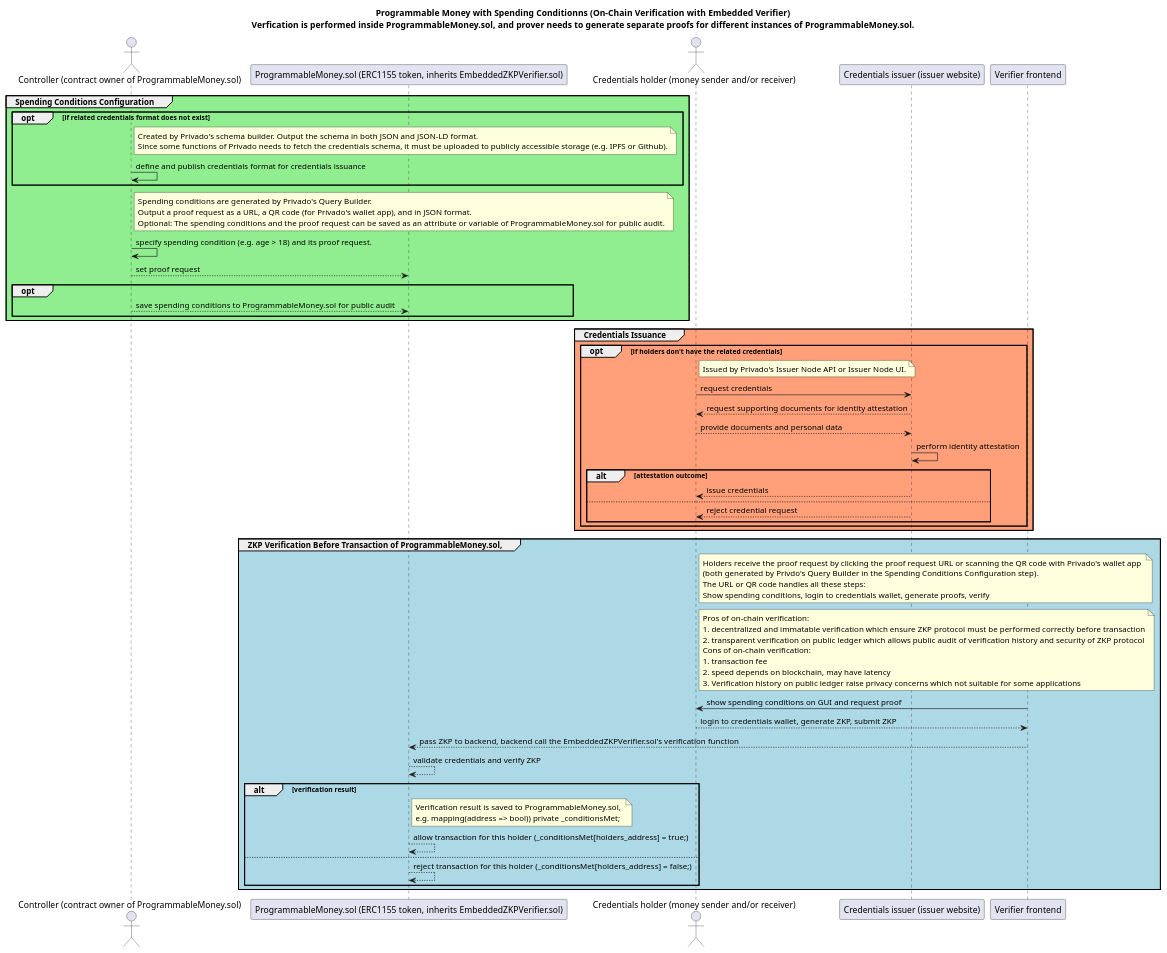
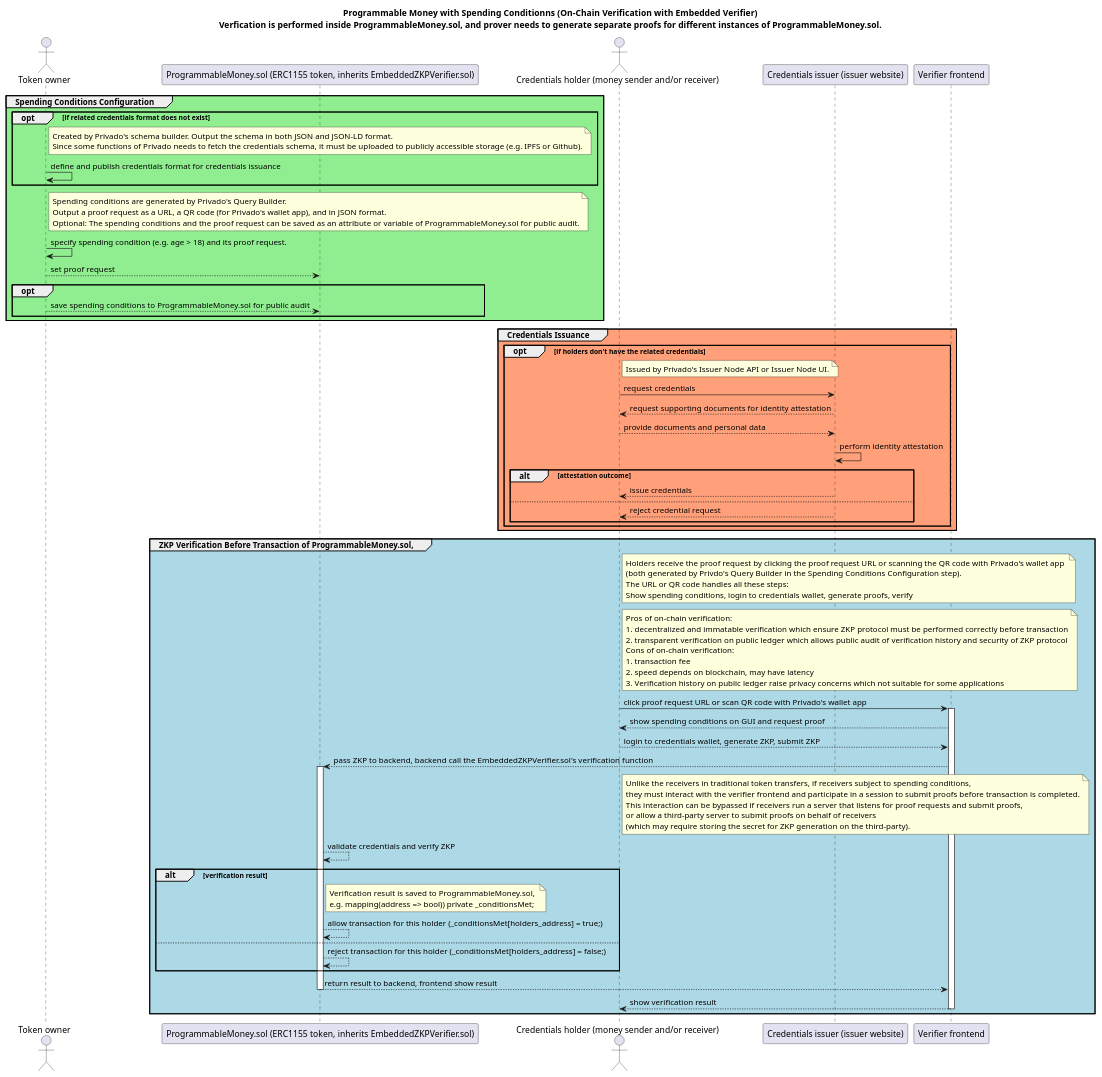
The diagram in docs/sequence_diagram_onchain_embedded_verifier.puml (joeywwong/pm-zkp), drawn with PlantUML before and after one commit.

Commit message:
docs: update sequence diagram for on-chain embedded verifier, where token owner sets the spending conditions, and hightlight that provers need to interact with verifier frontend when receiving token, unless provers run a server to listen to proof request and generate proof, or allow third-party server to do so.

```diff
--- a/docs/sequence_diagram_onchain_embedded_verifier.puml
+++ b/docs/sequence_diagram_onchain_embedded_verifier.puml
@@ -1,62 +1,71 @@
 @startuml
 title Programmable Money with Spending Conditionns (On-Chain Verification with Embedded Verifier)\nVerfication is performed inside ProgrammableMoney.sol, and prover needs to generate separate proofs for different instances of ProgrammableMoney.sol.
-actor "Controller (contract owner of ProgrammableMoney.sol)" as Controller
+actor "Token owner" as Controller
 participant "ProgrammableMoney.sol (ERC1155 token, inherits EmbeddedZKPVerifier.sol)" as Money
 actor "Credentials holder (money sender and/or receiver)" as User
 participant "Credentials issuer (issuer website)" as Issuer
 participant "Verifier frontend" as VerifierFrontend
 ' participant "Blockchain" as Blockchain
 
 ' --- Configure spending conditions of the money ---
 group #lightgreen Spending Conditions Configuration
     opt if related credentials format does not exist
         note right of Controller: Created by Privado's schema builder. Output the schema in both JSON and JSON-LD format. \nSince some functions of Privado needs to fetch the credentials schema, it must be uploaded to publicly accessible storage (e.g. IPFS or Github).
         Controller -> Controller: define and publish credentials format for credentials issuance
     end
     note right of Controller: Spending conditions are generated by Privado's Query Builder.\nOutput a proof request as a URL, a QR code (for Privado's wallet app), and in JSON format.\nOptional: The spending conditions and the proof request can be saved as an attribute or variable of ProgrammableMoney.sol for public audit.
     ' https://tools.privado.id/query-builder
     Controller -> Controller: specify spending condition (e.g. age > 18) and its proof request.
     Controller --> Money: set proof request
     opt
         Controller --> Money: save spending conditions to ProgrammableMoney.sol for public audit
     end
 end
 
 group #lightsalmon Credentials Issuance
     opt if holders don't have the related credentials
         ' --- Credential Request and Issuance Phase ---
         note right of User: Issued by Privado's Issuer Node API or Issuer Node UI.
         ' https://docs.privado.id/docs/category/issuer-node-api
         ' https://docs.privado.id/docs/category/issuer-node-ui
         ' Demo: https://issuer-demo.privado.id/
         User -> Issuer: request credentials
         Issuer --> User: request supporting documents for identity attestation
         User --> Issuer: provide documents and personal data
         Issuer -> Issuer: perform identity attestation
         alt attestation outcome
             Issuer --> User: issue credentials
         else
             Issuer --> User: reject credential request
         end
     end
 end
 
 ' --- Transaction Phase ---
 group #lightblue ZKP Verification Before Transaction of ProgrammableMoney.sol, 
     note right of User: Holders receive the proof request by clicking the proof request URL or scanning the QR code with Privado's wallet app \n(both generated by Privdo's Query Builder in the Spending Conditions Configuration step).\nThe URL or QR code handles all these steps:\nShow spending conditions, login to credentials wallet, generate proofs, verify
     note right of User: Pros of on-chain verification:\n1. decentralized and immatable verification which ensure ZKP protocol must be performed correctly before transaction\n2. transparent verification on public ledger which allows public audit of verification history and security of ZKP protocol\nCons of on-chain verification:\n1. transaction fee\n2. speed depends on blockchain, may have latency\n3. Verification history on public ledger raise privacy concerns which not suitable for some applications
-    VerifierFrontend -> User: show spending conditions on GUI and request proof
+    User -> VerifierFrontend: click proof request URL or scan QR code with Privado's wallet app
+    activate VerifierFrontend
+    VerifierFrontend --> User: show spending conditions on GUI and request proof
     User --> VerifierFrontend: login to credentials wallet, generate ZKP, submit ZKP
 
     ' --- Proof Verification and Decision ---
     VerifierFrontend --> Money: pass ZKP to backend, backend call the EmbeddedZKPVerifier.sol's verification function
+    note right of User: Unlike the receivers in traditional token transfers, if receivers subject to spending conditions,\nthey must interact with the verifier frontend and participate in a session to submit proofs before transaction is completed.\nThis interaction can be bypassed if receivers run a server that listens for proof requests and submit proofs,\nor allow a third-party server to submit proofs on behalf of receivers\n(which may require storing the secret for ZKP generation on the third-party).
+    activate Money
     Money --> Money: validate credentials and verify ZKP
     alt verification result
     note right of Money: Verification result is saved to ProgrammableMoney.sol, \ne.g. mapping(address => bool)) private _conditionsMet;
         Money --> Money: allow transaction for this holder (_conditionsMet[holders_address] = true;)
     else
         Money --> Money: reject transaction for this holder (_conditionsMet[holders_address] = false;)
     end
+    Money --> VerifierFrontend: return result to backend, frontend show result
+    deactivate Money 
+    VerifierFrontend --> User: show verification result
+    deactivate Money
+    deactivate VerifierFrontend
 end
 
 @enduml
```
